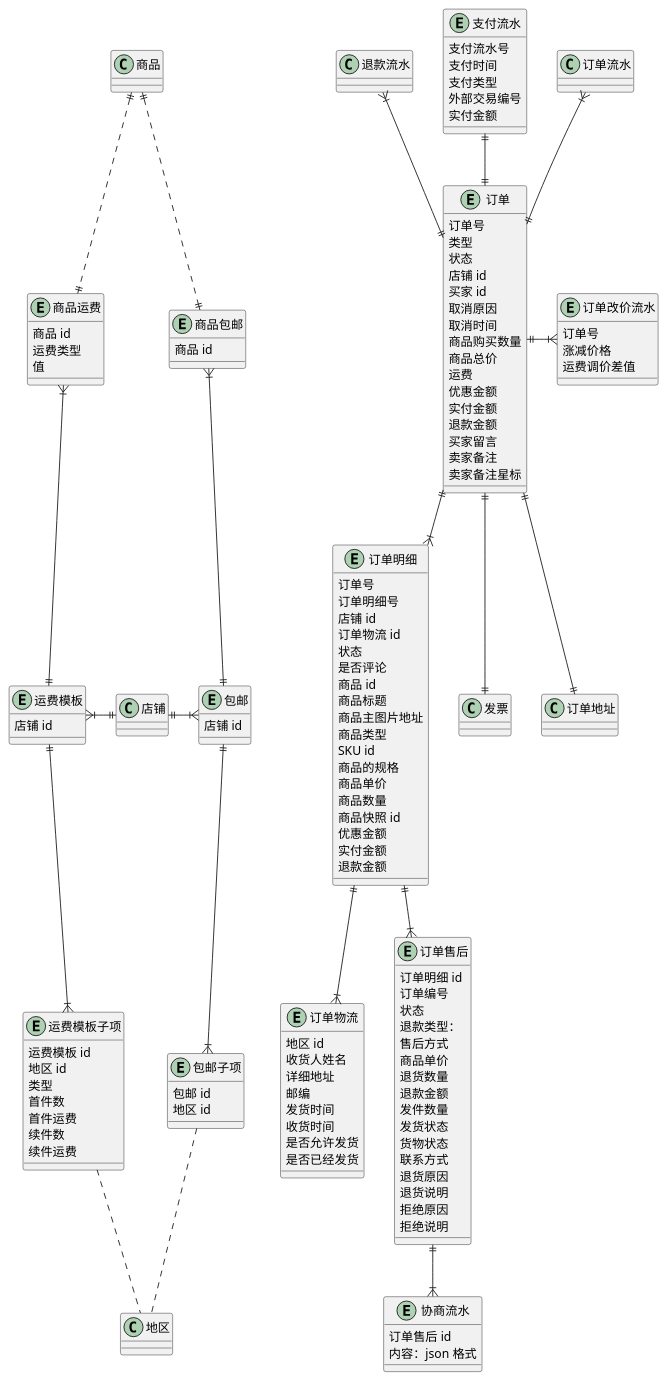
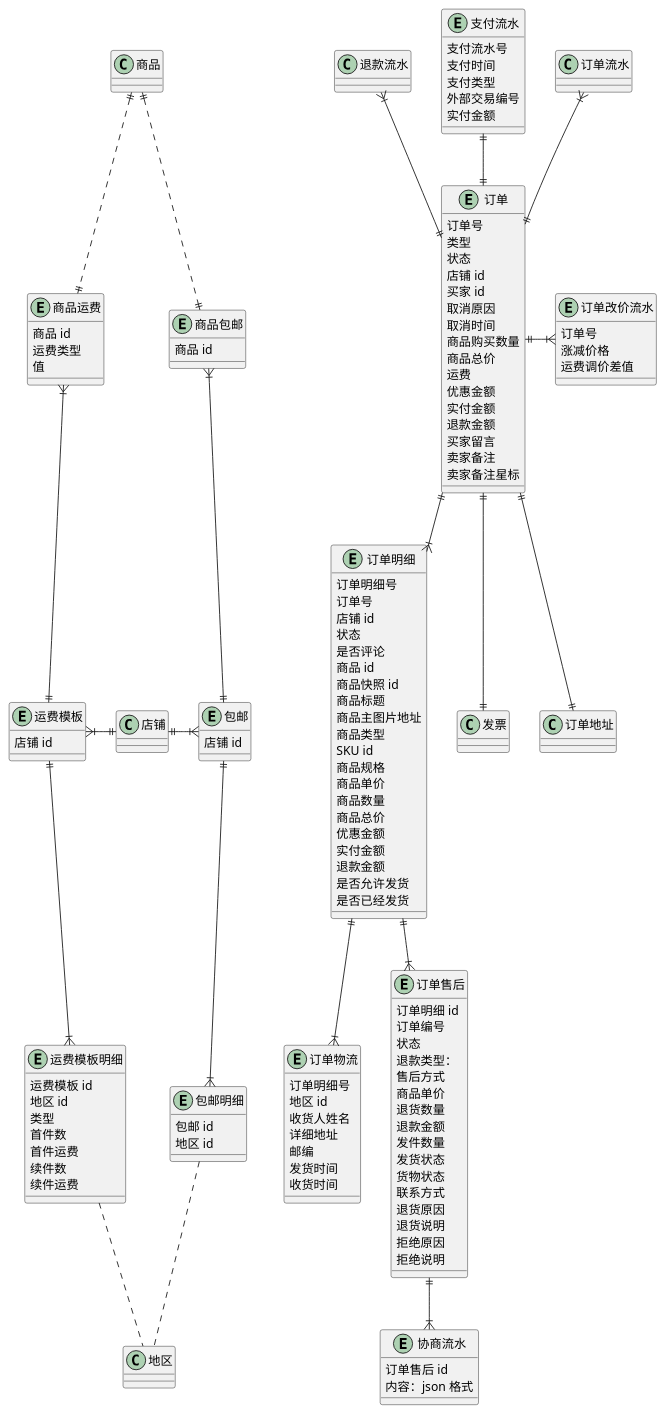
One commit to awesomecat2020/mock-mall changed the diagram in 订单.wsd. Above: the diagram before and after it, drawn with PlantUML.

Commit message:
订单明细字段

```diff
--- a/订单.wsd
+++ b/订单.wsd
@@ -19,11 +19,11 @@
     ' ......
     取消原因
     取消时间
-    ' 子单数量之和
+    ' 明细数量之和
     商品购买数量
-    ' 子单求和
+    ' 明细求和
     商品总价
-    ' 子单运费价格求和
+    ' 明细运费价格求和
     运费
     ' 优惠券
     优惠金额
@@ -35,35 +35,42 @@
     卖家备注星标
 }
 entity 订单明细 {
+    订单明细号
     订单号
-    订单明细号
     店铺 id
-    订单物流 id
     ' 待付款/待发货/待收货/已完成/已关闭
     状态
     是否评论
     商品 id
+    商品快照 id
+    ' 冗余商品字段
     商品标题
+    ' 冗余商品字段
     商品主图片地址
+    ' 冗余商品字段
     商品类型
     SKU id
-    商品的规格
+    ' json
+    商品规格
     商品单价
     商品数量
-    商品快照 id
+    ' 单价 * 数量
+    商品总价
     优惠金额
+    ' 商品总价 - 优惠金额
     实付金额
     退款金额
+    是否允许发货
+    是否已经发货
 }
 entity 订单物流 {
+    订单明细号
     地区 id
     收货人姓名
     详细地址
     邮编
     发货时间
     收货时间
-    是否允许发货
-    是否已经发货
 }
 entity 订单改价流水 {
     订单号
@@ -150,7 +157,7 @@
 entity 运费模板 {
     店铺 id
 }
-entity 运费模板子项 {
+entity 运费模板明细 {
     运费模板 id
     地区 id
     ' 按件/按重量
@@ -170,8 +177,8 @@
 运费模板 ||-u-|{ 商品运费
 商品运费 ||.u.|| 商品
 运费模板 }|-r-|| 店铺
-运费模板 ||--|{ 运费模板子项
-运费模板子项 .. 地区
+运费模板 ||--|{ 运费模板明细
+运费模板明细 .. 地区
 
 
 ' ==================== 包邮模板 ====================
@@ -181,7 +188,7 @@
 entity 包邮 {
     店铺 id
 }
-entity 包邮子项 {
+entity 包邮明细 {
     包邮 id
     地区 id
 }
@@ -189,7 +196,7 @@
 包邮 ||-u-|{ 商品包邮
 商品包邮 ||.u.|| 商品
 包邮 }|-l-|| 店铺
-包邮 ||--|{ 包邮子项
-包邮子项 .. 地区
+包邮 ||--|{ 包邮明细
+包邮明细 .. 地区
 
 @enduml
```
